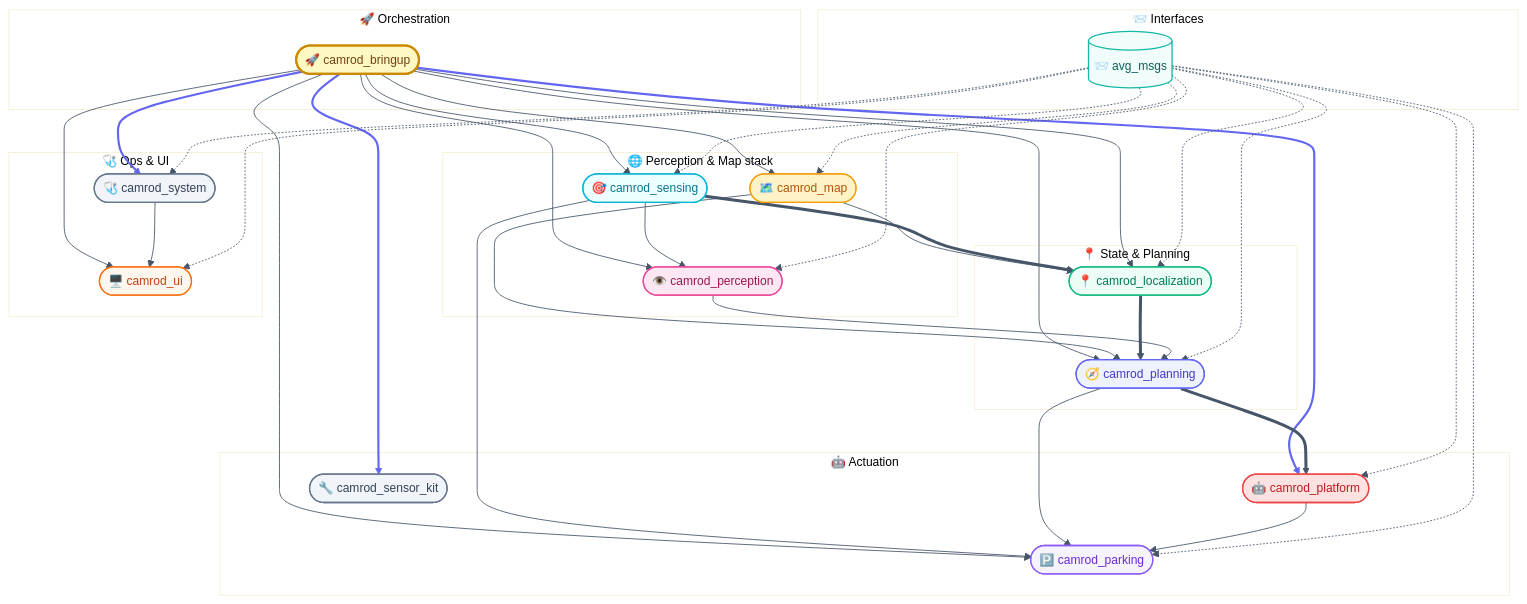
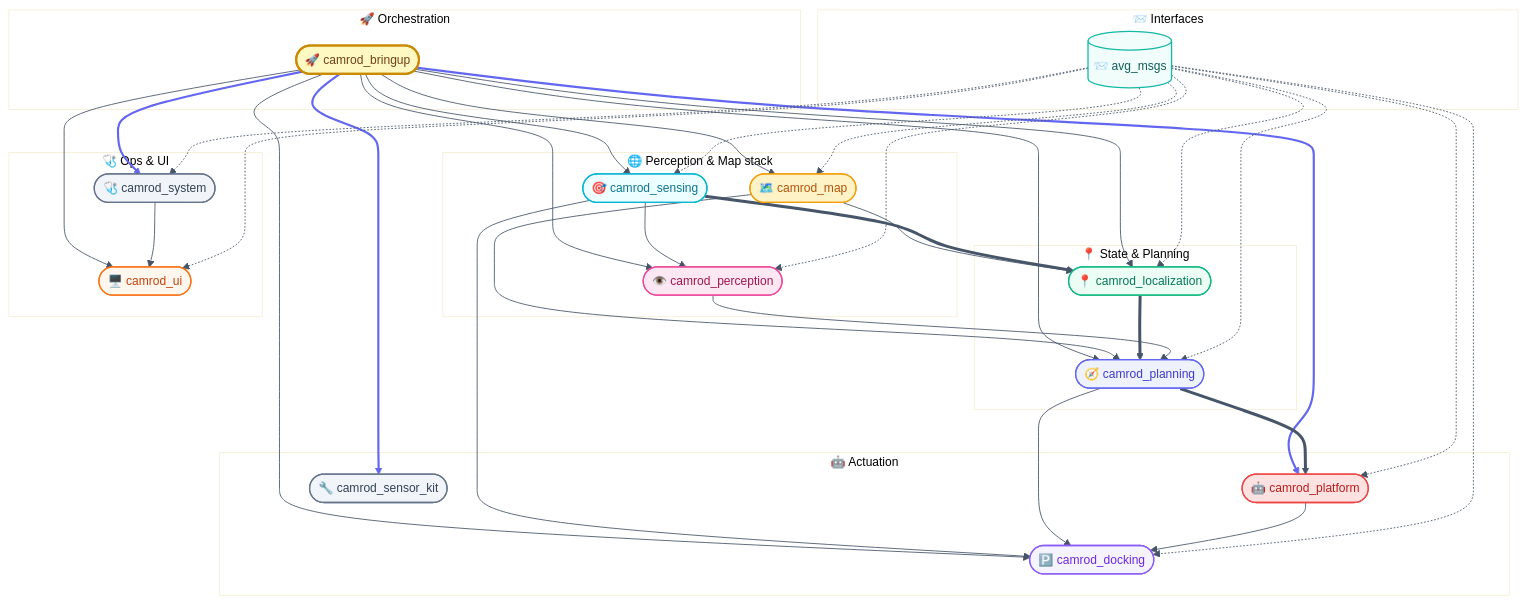
One commit to hwanhonglee/CAMROD changed the first of 2 diagrams in README.md. Above: the diagram before and after it, drawn with Mermaid. The commit also changed other lines of this file, not shown here.

Commit message:
docs(v1.11): update root README — camrod_parking → camrod_docking, version bump to v1.11

```diff
--- a/README.md
+++ b/README.md
@@ -116,7 +116,7 @@
   classDef perception   fill:#FCE7F3,stroke:#EC4899,stroke-width:1.5px,color:#9D174D;
   classDef planning     fill:#EEF2FF,stroke:#6366F1,stroke-width:1.5px,color:#4338CA;
   classDef platform     fill:#FEE2E2,stroke:#EF4444,stroke-width:1.5px,color:#B91C1C;
-  classDef parking      fill:#F5F3FF,stroke:#8B5CF6,stroke-width:1.5px,color:#6D28D9;
+  classDef docking      fill:#F5F3FF,stroke:#8B5CF6,stroke-width:1.5px,color:#6D28D9;
   classDef system       fill:#F1F5F9,stroke:#64748B,stroke-width:1.5px,color:#334155;
   classDef ui           fill:#FFF7ED,stroke:#F97316,stroke-width:1.5px,color:#C2410C;
   classDef iface        fill:#F0FDFA,stroke:#14B8A6,stroke-width:1.5px,color:#115E59;
@@ -140,7 +140,7 @@
   subgraph ACT ["🤖 Actuation"]
     PLT([🤖 camrod_platform])
     KIT([🔧 camrod_sensor_kit])
-    PARK([🅿️ camrod_parking])
+    PARK([🅿️ camrod_docking])
   end
 
   subgraph OPS ["🩺 Ops & UI"]
@@ -173,7 +173,7 @@
   class PLN planning
   class PLT platform
   class KIT system
-  class PARK parking
+  class PARK docking
   class SYS system
   class UI ui
   class AVG iface
```
